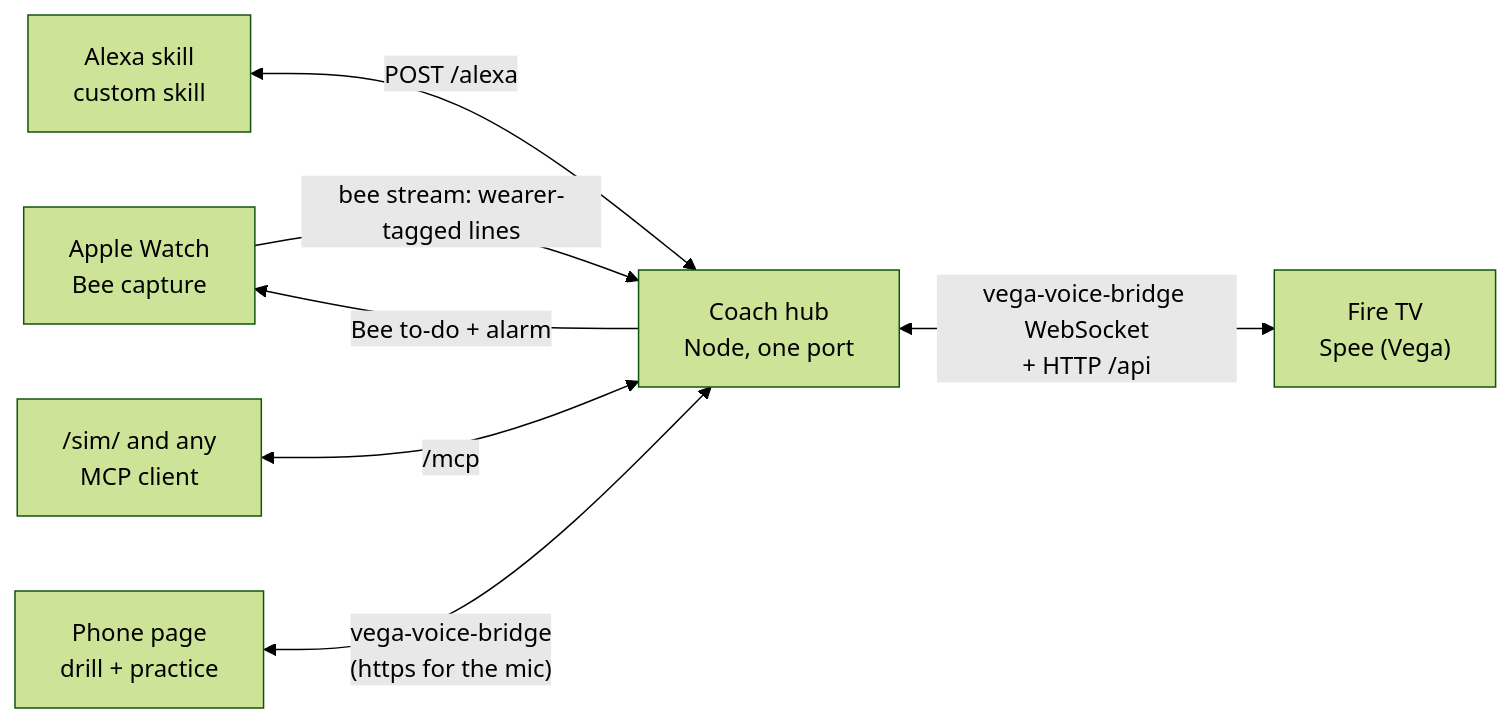
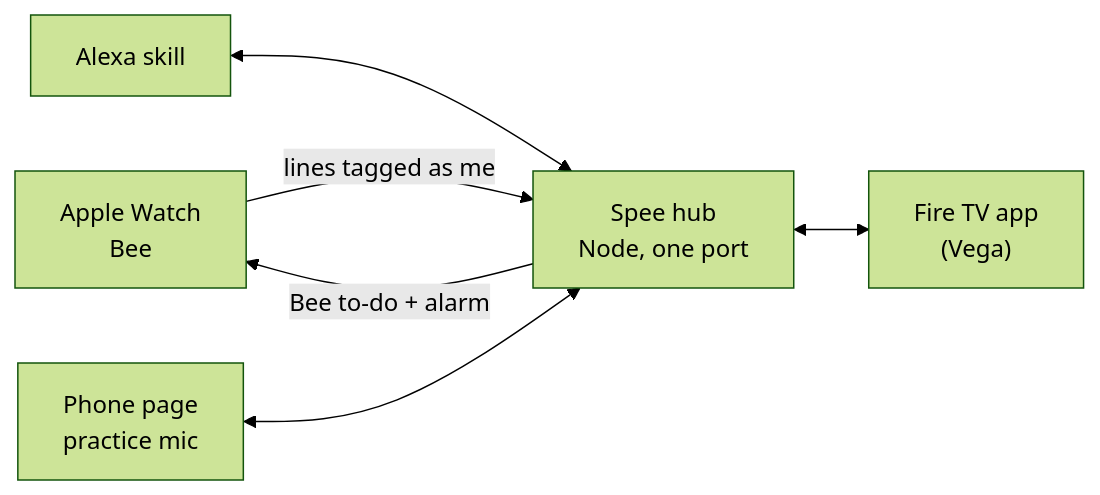
One commit to Zen-cronic/spee changed the diagram in README.md. Above: the diagram before and after it, drawn with Mermaid (forest theme). The commit also changed other lines of this file, not shown here.

````diff
--- a/README.md
+++ b/README.md
@@ -47,9 +19,8 @@
 ```mermaid
 flowchart LR
-  W["Apple Watch<br/>Bee capture"] -->|"bee stream: wearer-tagged lines"| H
-  H["Coach hub<br/>Node, one port"] -->|"Bee to-do + alarm"| W
-  A["Alexa skill<br/>custom skill"] <-->|"POST /alexa"| H
-  S["/sim/ and any<br/>MCP client"] <-->|"/mcp"| H
-  H <-->|"vega-voice-bridge WebSocket<br/>+ HTTP /api"| T["Fire TV<br/>Spee (Vega)"]
-  P["Phone page<br/>drill + practice"] <-->|"vega-voice-bridge<br/>(https for the mic)"| H
+  W["Apple Watch<br/>Bee"] -->|"lines tagged as me"| H["Spee hub<br/>Node, one port"]
+  H -->|"Bee to-do + alarm"| W
+  A["Alexa skill"] <--> H
+  H <--> T["Fire TV app<br/>(Vega)"]
+  P["Phone page<br/>practice mic"] <--> H
 ```
````
